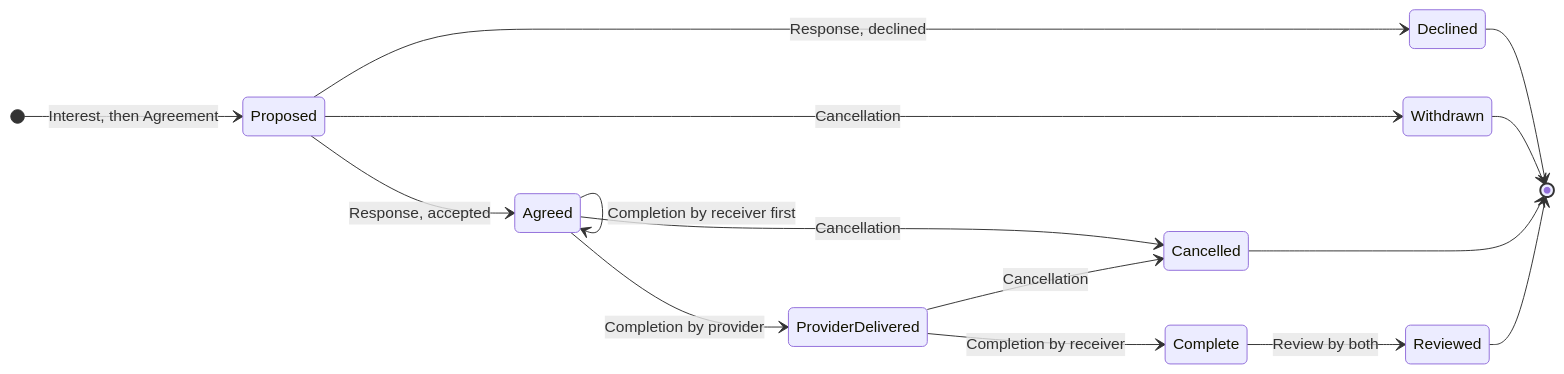
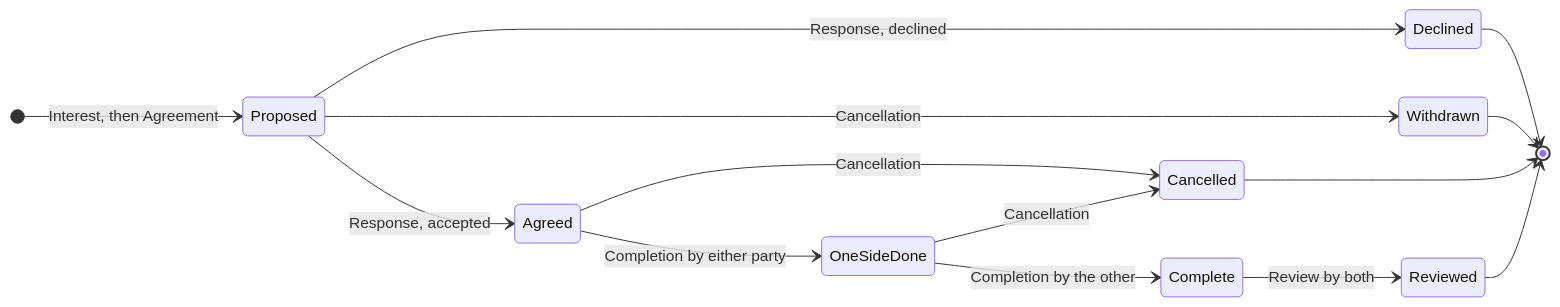
The diagram in documentation/architecture/EXCHANGE_RECORD.md (happenings-community/requests-and-offers), drawn with Mermaid before and after one commit. The commit also changed other lines of this file and 8 other files, not shown here.

First line of the commit message:
fix(exchanges): either party may mark their part done first (#259)

````diff
--- a/documentation/architecture/EXCHANGE_RECORD.md
+++ b/documentation/architecture/EXCHANGE_RECORD.md
@@ -95,18 +95,17 @@
 ```mermaid
 stateDiagram-v2
     direction LR
     [*] --> Proposed : Interest, then Agreement
     Proposed --> Agreed : Response, accepted
     Proposed --> Declined : Response, declined
     Proposed --> Withdrawn : Cancellation
-    Agreed --> ProviderDelivered : Completion by provider
-    Agreed --> Agreed : Completion by receiver first
+    Agreed --> OneSideDone : Completion by either party
     Agreed --> Cancelled : Cancellation
-    ProviderDelivered --> Complete : Completion by receiver
-    ProviderDelivered --> Cancelled : Cancellation
+    OneSideDone --> Complete : Completion by the other
+    OneSideDone --> Cancelled : Cancellation
     Complete --> Reviewed : Review by both
     Declined --> [*]
     Withdrawn --> [*]
     Cancelled --> [*]
     Reviewed --> [*]
 ```
````
